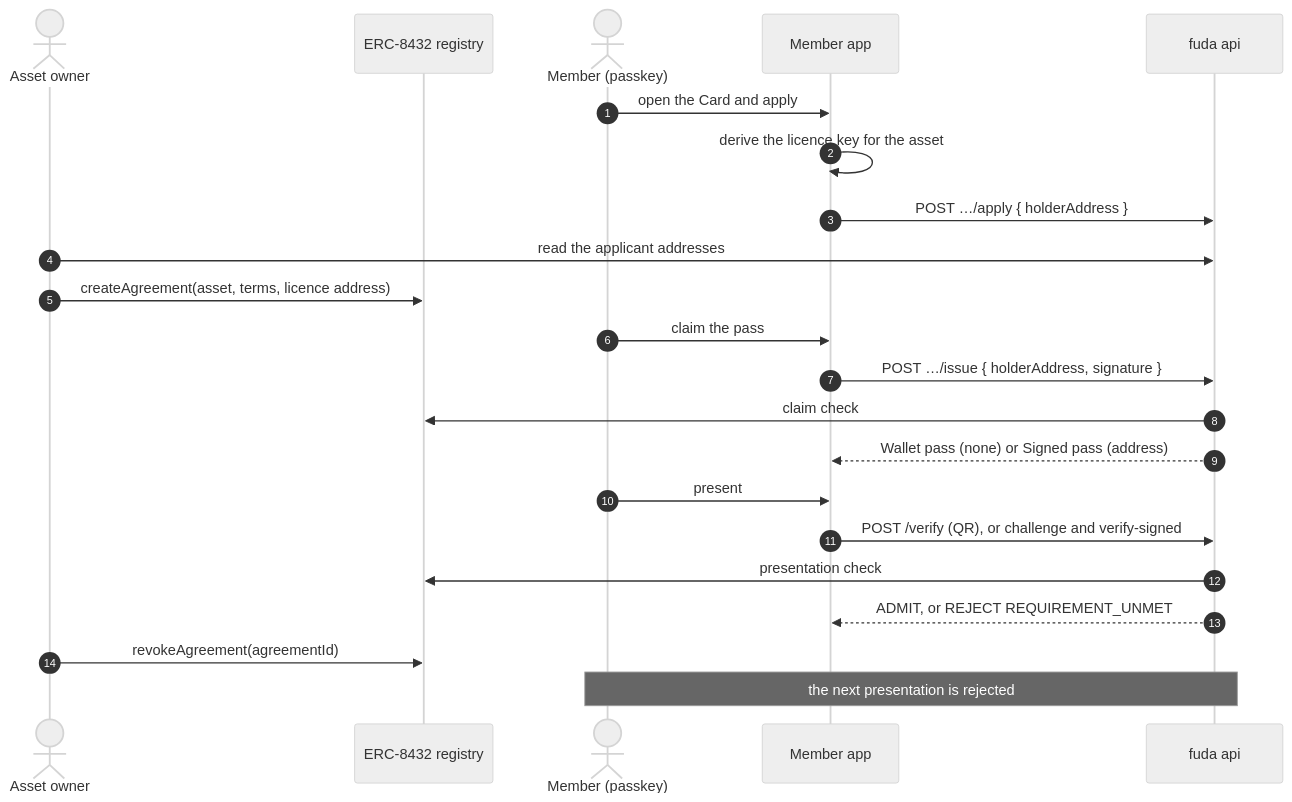
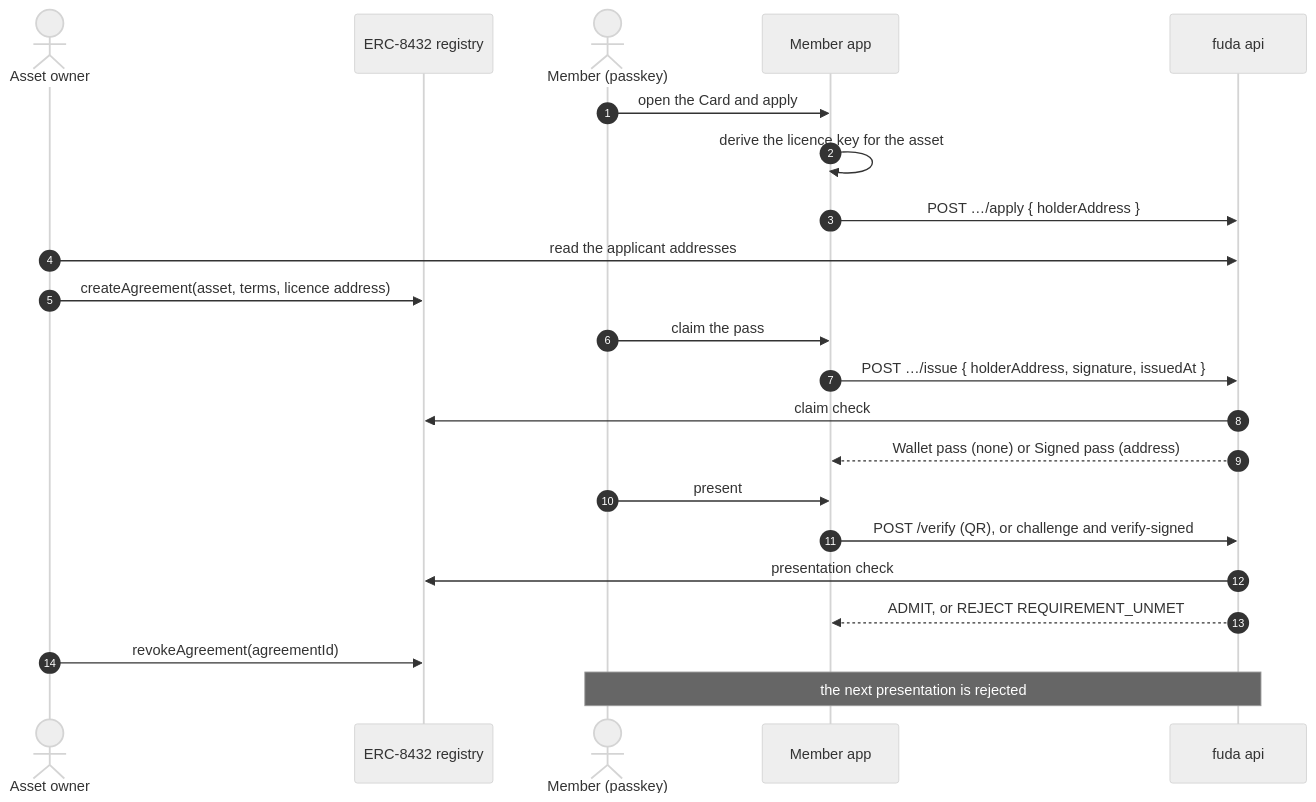
Before and after one commit to oboroxyz/fuda-sh: the diagram in docs/specs/card-requirements.md, drawn with Mermaid (neutral theme). The commit also changed other lines of this file and 3 other files, not shown here.

````diff
--- a/docs/specs/card-requirements.md
+++ b/docs/specs/card-requirements.md
@@ -76,25 +78,25 @@
 ```mermaid
 sequenceDiagram
     autonumber
     actor Owner as Asset owner
     participant R as ERC-8432 registry
     actor Fan as Member (passkey)
     participant A as Member app
     participant F as fuda api
 
     Fan->>A: open the Card and apply
     A->>A: derive the licence key for the asset
     A->>F: POST …/apply { holderAddress }
     Owner->>F: read the applicant addresses
     Owner->>R: createAgreement(asset, terms, licence address)
     Fan->>A: claim the pass
-    A->>F: POST …/issue { holderAddress, signature }
+    A->>F: POST …/issue { holderAddress, signature, issuedAt }
     F->>R: claim check
     F-->>A: Wallet pass (none) or Signed pass (address)
     Fan->>A: present
     A->>F: POST /verify (QR), or challenge and verify-signed
     F->>R: presentation check
     F-->>A: ADMIT, or REJECT REQUIREMENT_UNMET
     Owner->>R: revokeAgreement(agreementId)
     Note over Fan,F: the next presentation is rejected
 ```
````
